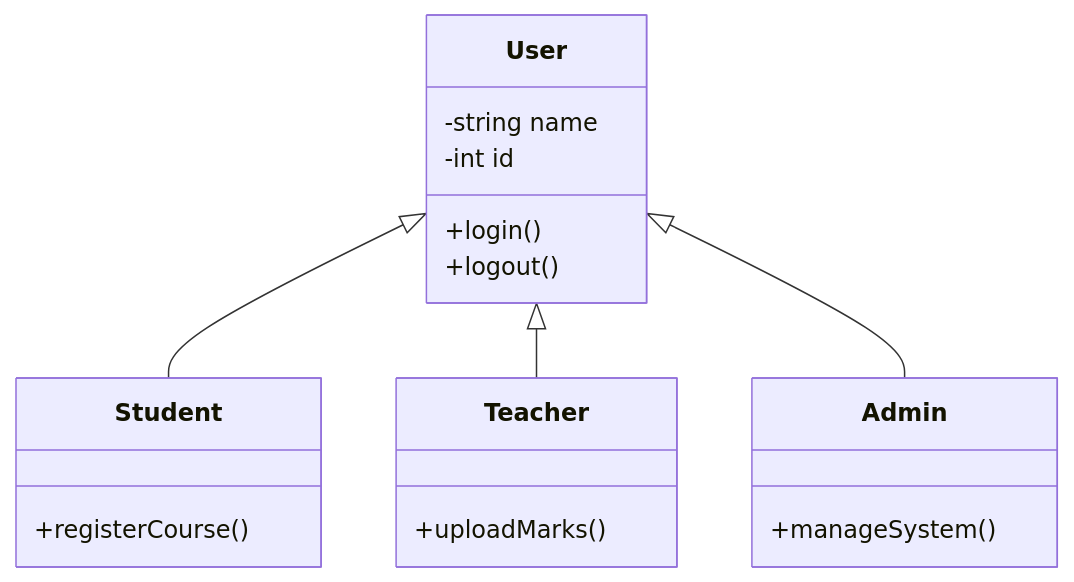
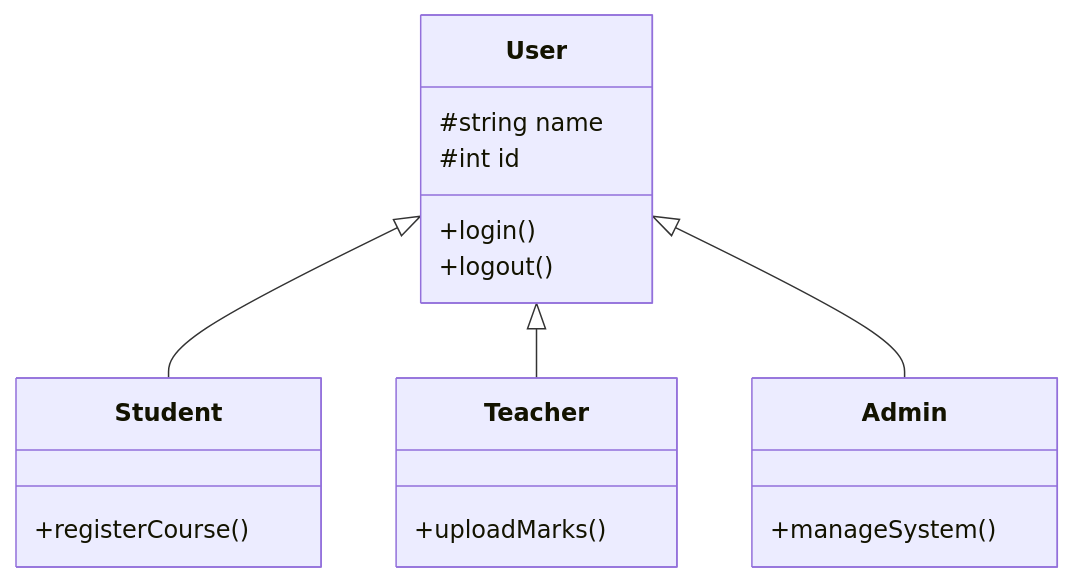
The diagram in README.md (zamadshakil/Assignment-3), drawn with Mermaid before and after one commit.

Commit message:
Fix UML visibility in README

````diff
--- a/README.md
+++ b/README.md
@@ -39,21 +39,21 @@
 ```mermaid
 classDiagram
     class User {
-        -string name
-        -int id
+        #string name
+        #int id
         +login()
         +logout()
     }
     class Student {
         +registerCourse()
     }
     class Teacher {
         +uploadMarks()
     }
     class Admin {
         +manageSystem()
     }
     User <|-- Student
     User <|-- Teacher
     User <|-- Admin
 ```
````
